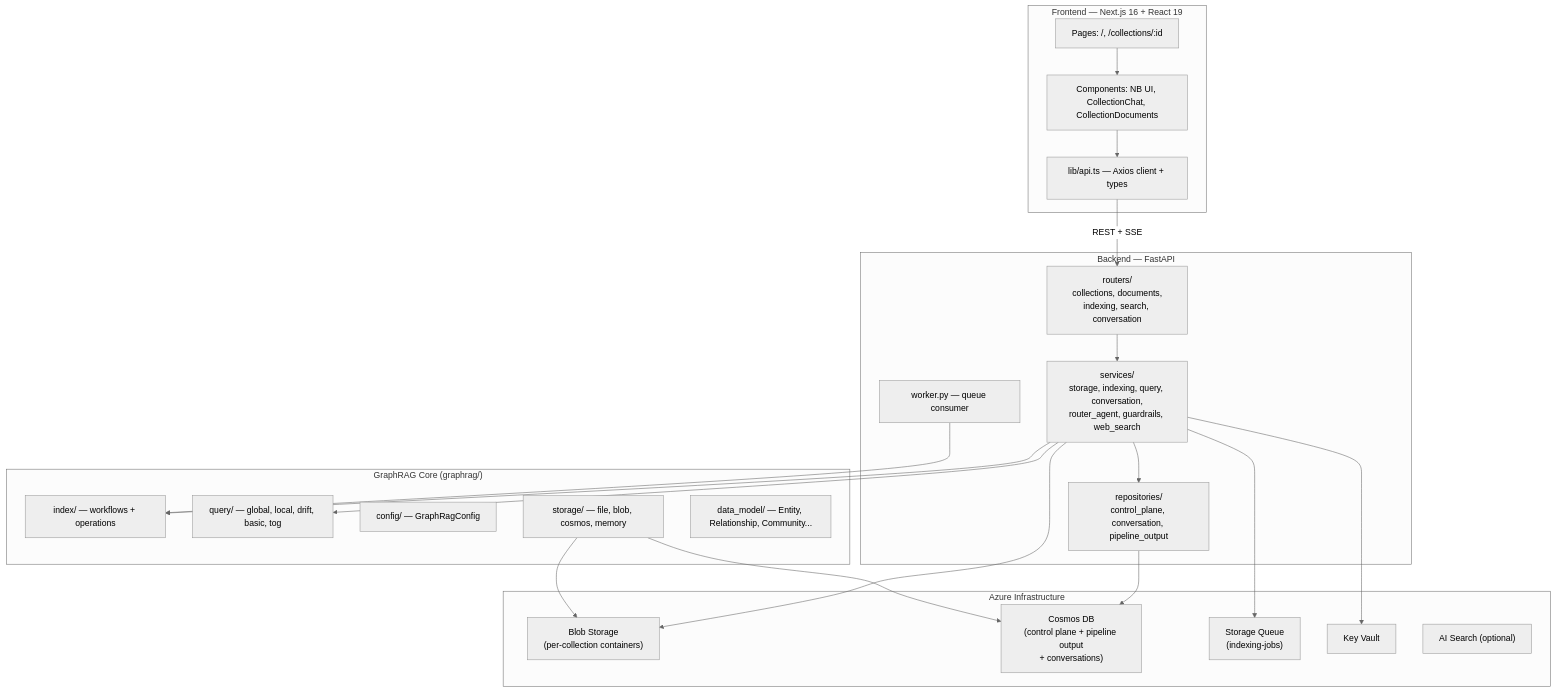
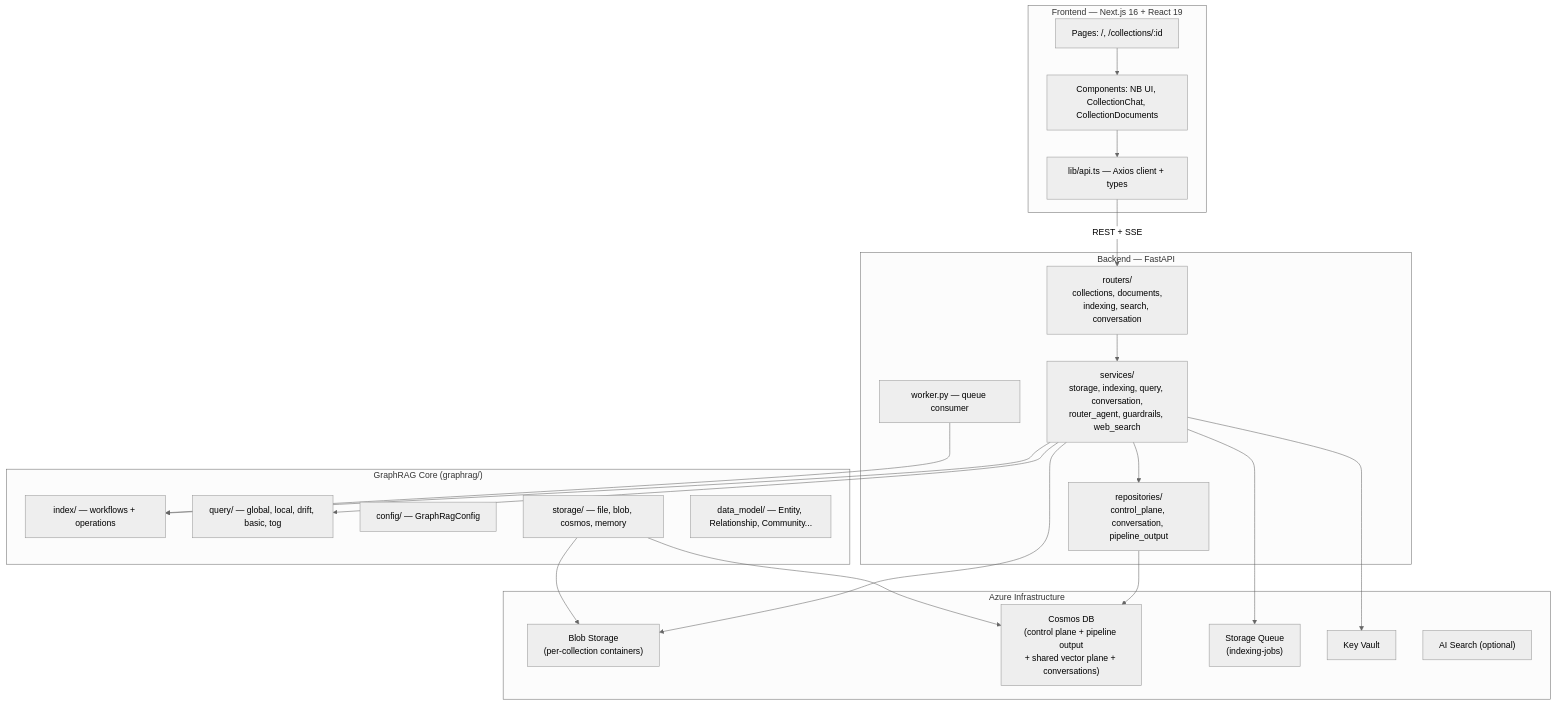
Before and after one commit to huytu0702/gtog: the second of 5 diagrams in docs/project/en/architecture.md, drawn with Mermaid (neutral theme). The commit also changed other lines of this file and 32 other files, not shown here.

````diff
--- a/docs/project/en/architecture.md
+++ b/docs/project/en/architecture.md
@@ -46,48 +46,48 @@
 ```mermaid
 graph TB
     subgraph FE["Frontend — Next.js 16 + React 19"]
         FE_Pages["Pages: /, /collections/:id"]
         FE_Comp["Components: NB UI, CollectionChat, CollectionDocuments"]
         FE_API["lib/api.ts — Axios client + types"]
     end
 
     subgraph BE["Backend — FastAPI"]
         BE_Routers["routers/<br/>collections, documents,<br/>indexing, search, conversation"]
         BE_Services["services/<br/>storage, indexing, query, conversation,<br/>router_agent, guardrails, web_search"]
         BE_Repos["repositories/<br/>control_plane, conversation, pipeline_output"]
         BE_Worker["worker.py — queue consumer"]
     end
 
     subgraph CORE["GraphRAG Core (graphrag/)"]
         CORE_Index["index/ — workflows + operations"]
         CORE_Query["query/ — global, local, drift, basic, tog"]
         CORE_Config["config/ — GraphRagConfig"]
         CORE_Storage["storage/ — file, blob, cosmos, memory"]
         CORE_Model["data_model/ — Entity, Relationship, Community..."]
     end
 
     subgraph INFRA["Azure Infrastructure"]
         INFRA_Blob["Blob Storage<br/>(per-collection containers)"]
-        INFRA_Cosmos["Cosmos DB<br/>(control plane + pipeline output<br/>+ conversations)"]
+        INFRA_Cosmos["Cosmos DB<br/>(control plane + pipeline output<br/>+ shared vector plane + conversations)"]
         INFRA_Queue["Storage Queue<br/>(indexing-jobs)"]
         INFRA_KV["Key Vault"]
         INFRA_Search["AI Search (optional)"]
     end
 
     FE_Pages --> FE_Comp
     FE_Comp --> FE_API
     FE_API -->|REST + SSE| BE_Routers
 
     BE_Routers --> BE_Services
     BE_Services --> BE_Repos
     BE_Services --> CORE_Query
     BE_Services --> CORE_Index
     BE_Worker --> CORE_Index
 
     BE_Repos --> INFRA_Cosmos
     BE_Services --> INFRA_Blob
     BE_Services --> INFRA_Queue
     BE_Services --> INFRA_KV
     CORE_Storage --> INFRA_Blob
     CORE_Storage --> INFRA_Cosmos
 ```
````
